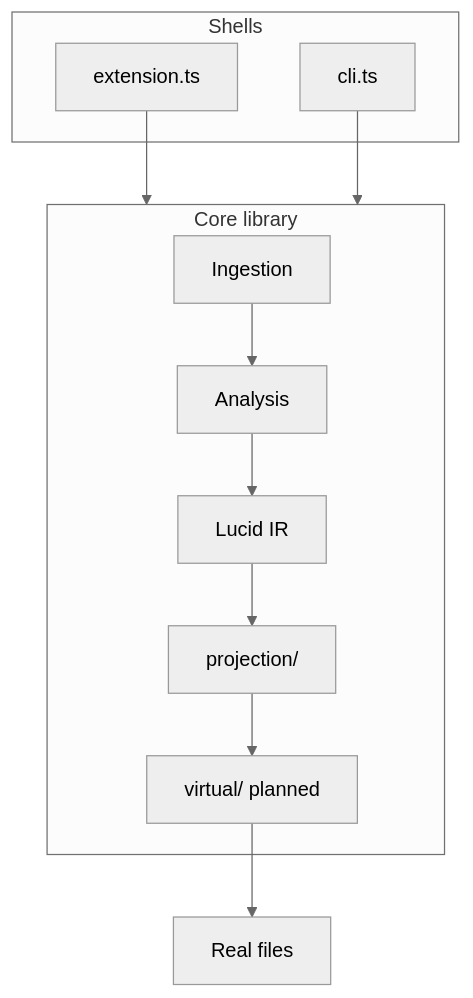
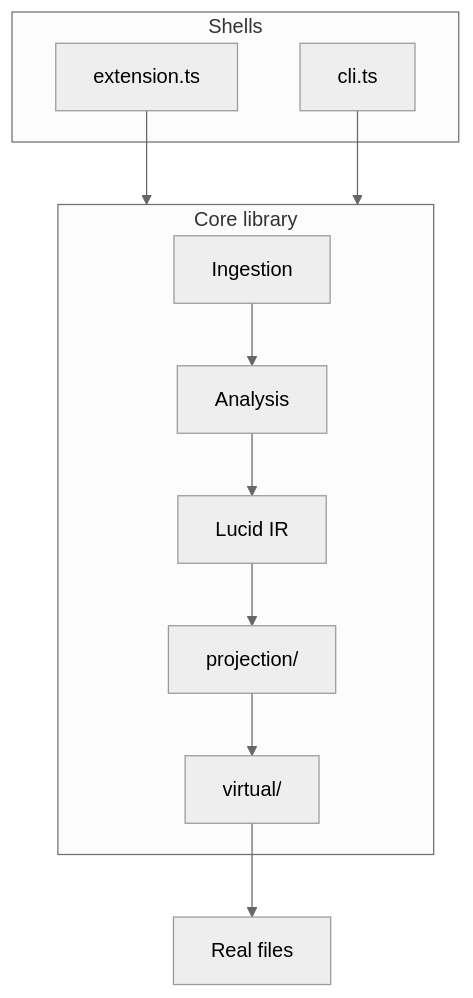
The diagram in project/ARCHITECTURE.md (Qinyu234/scaffold-for-personal-programming), drawn with Mermaid (neutral theme) before and after one commit. The commit also changed other lines of this file and 94 other files, not shown here.

````diff
--- a/project/ARCHITECTURE.md
+++ b/project/ARCHITECTURE.md
@@ -9,16 +9,16 @@
 ```mermaid
 flowchart TD
     subgraph core [Core library]
         Ingestion --> Analysis
         Analysis --> LucidIR[Lucid IR]
         LucidIR --> Projection[projection/]
-        Projection --> Virtual[virtual/ planned]
+        Projection --> Virtual[virtual/]
     end
     subgraph shells [Shells]
         Extension[extension.ts]
         CLI[cli.ts]
     end
     Extension --> core
     CLI --> core
     Virtual --> Real[Real files]
 ```
````
